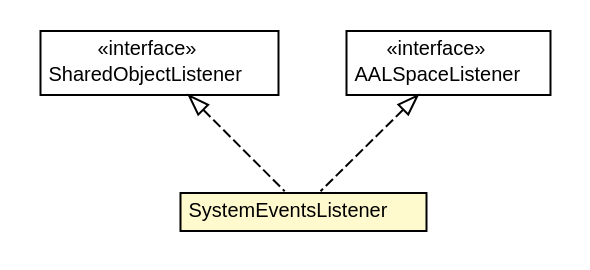
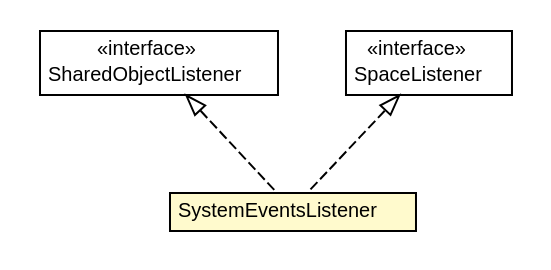
The diagram in ctxt.pom/apidocs/org/universAAL/context/sysinfo/SystemEventsListener.dot (universAAL/context), drawn with Graphviz before and after one commit. The commit also changed 250 other files, not shown here.

```diff
--- a/ctxt.pom/apidocs/org/universAAL/context/sysinfo/SystemEventsListener.dot
+++ b/ctxt.pom/apidocs/org/universAAL/context/sysinfo/SystemEventsListener.dot
@@ -1,36 +1,36 @@
 #!/usr/local/bin/dot
 #
 # Class diagram 
 # Generated by UMLGraph version R5_6-24-gf6e263 (http://www.umlgraph.org/)
 #
 
 digraph G {
 	edge [fontname="Helvetica",fontsize=10,labelfontname="Helvetica",labelfontsize=10];
 	node [fontname="Helvetica",fontsize=10,shape=plaintext];
 	nodesep=0.25;
 	ranksep=0.5;
 	// org.universAAL.context.sysinfo.SystemEventsListener
 	c6402 [label=<<table title="org.universAAL.context.sysinfo.SystemEventsListener" border="0" cellborder="1" cellspacing="0" cellpadding="2" port="p" bgcolor="lemonChiffon" href="./SystemEventsListener.html">
 		<tr><td><table border="0" cellspacing="0" cellpadding="1">
 <tr><td align="center" balign="center"> SystemEventsListener </td></tr>
 		</table></td></tr>
 		</table>>, URL="./SystemEventsListener.html", fontname="Helvetica", fontcolor="black", fontsize=10.0];
 	//org.universAAL.context.sysinfo.SystemEventsListener implements org.universAAL.middleware.container.SharedObjectListener
 	c6403:p -> c6402:p [dir=back,arrowtail=empty,style=dashed];
-	//org.universAAL.context.sysinfo.SystemEventsListener implements org.universAAL.middleware.managers.api.AALSpaceListener
+	//org.universAAL.context.sysinfo.SystemEventsListener implements org.universAAL.middleware.managers.api.SpaceListener
 	c6404:p -> c6402:p [dir=back,arrowtail=empty,style=dashed];
-	// org.universAAL.middleware.managers.api.AALSpaceListener
-	c6404 [label=<<table title="org.universAAL.middleware.managers.api.AALSpaceListener" border="0" cellborder="1" cellspacing="0" cellpadding="2" port="p" href="http://java.sun.com/j2se/1.4.2/docs/api/org/universAAL/middleware/managers/api/AALSpaceListener.html">
-		<tr><td><table border="0" cellspacing="0" cellpadding="1">
-<tr><td align="center" balign="center"> &#171;interface&#187; </td></tr>
-<tr><td align="center" balign="center"> AALSpaceListener </td></tr>
-		</table></td></tr>
-		</table>>, URL="http://java.sun.com/j2se/1.4.2/docs/api/org/universAAL/middleware/managers/api/AALSpaceListener.html", fontname="Helvetica", fontcolor="black", fontsize=10.0];
 	// org.universAAL.middleware.container.SharedObjectListener
 	c6403 [label=<<table title="org.universAAL.middleware.container.SharedObjectListener" border="0" cellborder="1" cellspacing="0" cellpadding="2" port="p" href="http://java.sun.com/j2se/1.4.2/docs/api/org/universAAL/middleware/container/SharedObjectListener.html">
 		<tr><td><table border="0" cellspacing="0" cellpadding="1">
 <tr><td align="center" balign="center"> &#171;interface&#187; </td></tr>
 <tr><td align="center" balign="center"> SharedObjectListener </td></tr>
 		</table></td></tr>
 		</table>>, URL="http://java.sun.com/j2se/1.4.2/docs/api/org/universAAL/middleware/container/SharedObjectListener.html", fontname="Helvetica", fontcolor="black", fontsize=10.0];
+	// org.universAAL.middleware.managers.api.SpaceListener
+	c6404 [label=<<table title="org.universAAL.middleware.managers.api.SpaceListener" border="0" cellborder="1" cellspacing="0" cellpadding="2" port="p" href="http://java.sun.com/j2se/1.4.2/docs/api/org/universAAL/middleware/managers/api/SpaceListener.html">
+		<tr><td><table border="0" cellspacing="0" cellpadding="1">
+<tr><td align="center" balign="center"> &#171;interface&#187; </td></tr>
+<tr><td align="center" balign="center"> SpaceListener </td></tr>
+		</table></td></tr>
+		</table>>, URL="http://java.sun.com/j2se/1.4.2/docs/api/org/universAAL/middleware/managers/api/SpaceListener.html", fontname="Helvetica", fontcolor="black", fontsize=10.0];
 }
```
